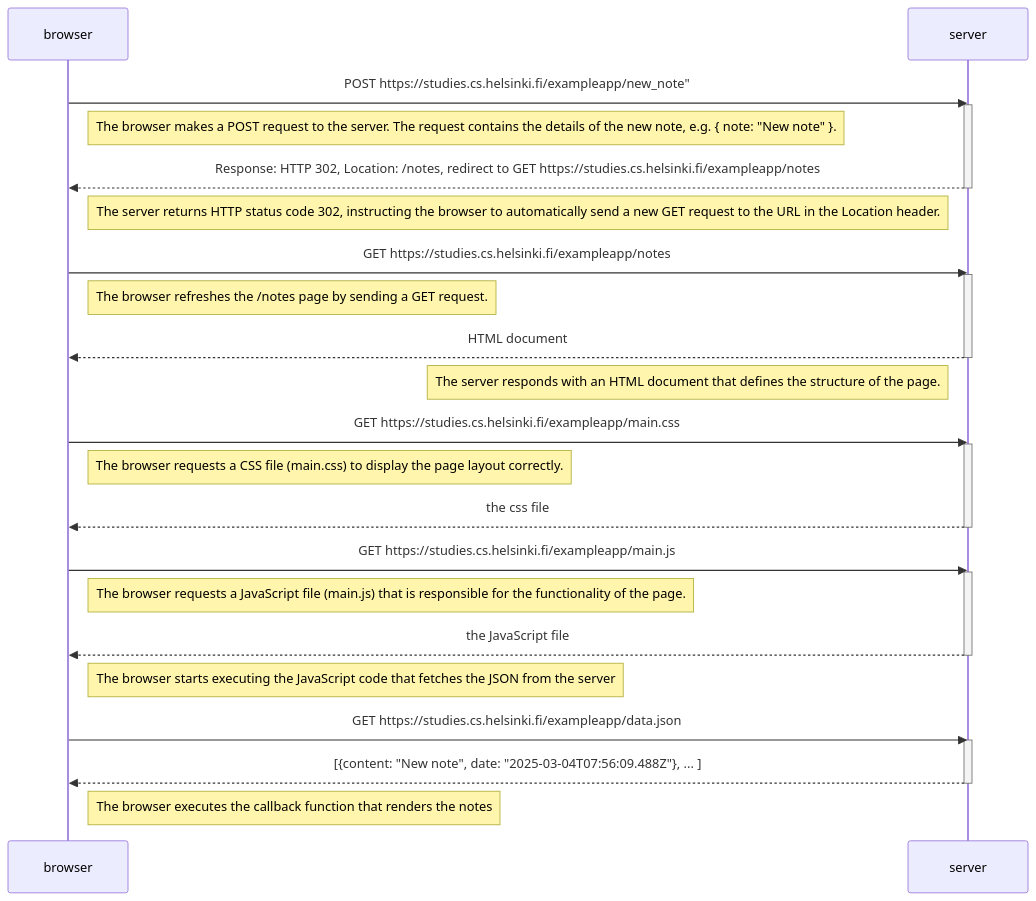
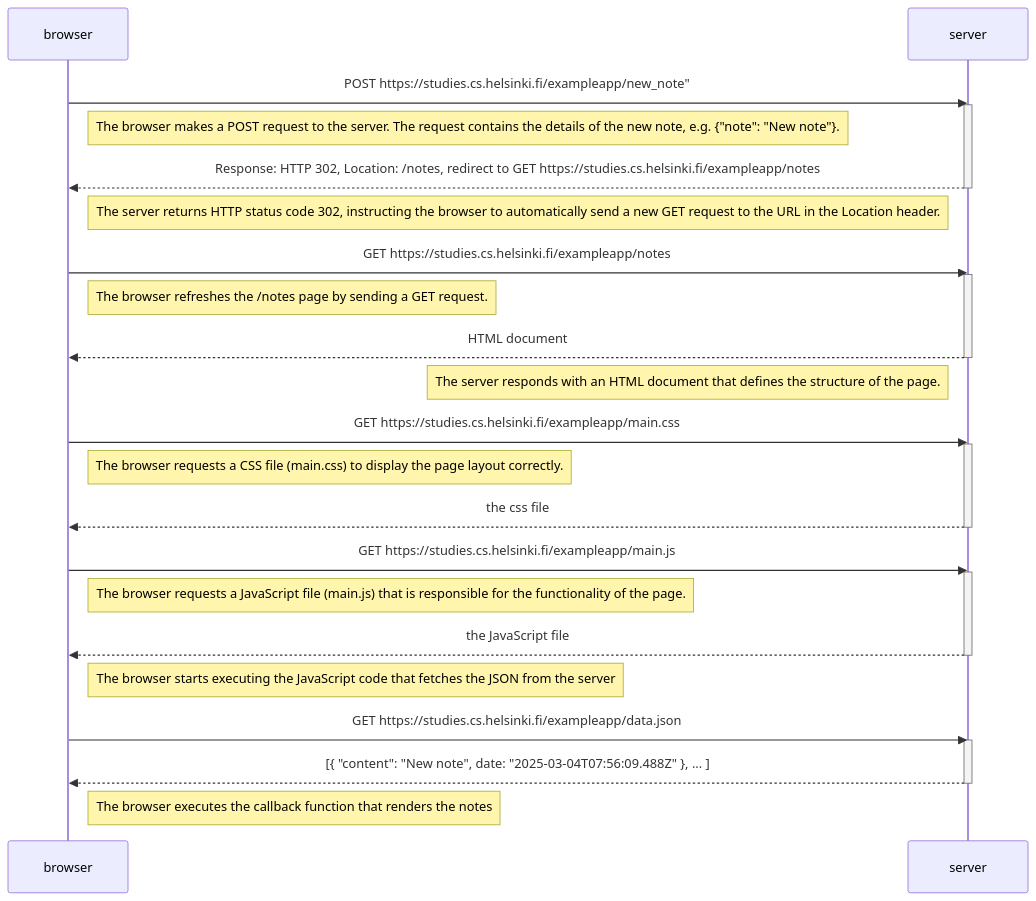
Before and after one commit to Maahantuoja/mooc_fullstackopen_palautusrepositorio: the first of 3 diagrams in osa0/README.md, drawn with Mermaid. The commit also changed other lines of this file, not shown here.

````diff
--- a/osa0/README.md
+++ b/osa0/README.md
@@ -5,50 +5,50 @@
 ```mermaid
 sequenceDiagram
     participant browser
     participant server
     
     browser->>server: POST https://studies.cs.helsinki.fi/exampleapp/new_note"
     activate server
 
-    Note right of browser: The browser makes a POST request to the server. The request contains the details of the new note, e.g. { note: "New note" }.
+    Note right of browser: The browser makes a POST request to the server. The request contains the details of the new note, e.g. {"note": "New note"}.
 
     server-->>browser: Response: HTTP 302, Location: /notes, redirect to GET https://studies.cs.helsinki.fi/exampleapp/notes
     deactivate server
 
     Note left of server: The server returns HTTP status code 302, instructing the browser to automatically send a new GET request to the URL in the Location header.
 
     browser->>server: GET https://studies.cs.helsinki.fi/exampleapp/notes
     activate server
 
     Note right of browser: The browser refreshes the /notes page by sending a GET request.
 
     server-->>browser: HTML document
     deactivate server
 
     Note left of server: The server responds with an HTML document that defines the structure of the page.
 
     browser->>server: GET https://studies.cs.helsinki.fi/exampleapp/main.css
     activate server
 
     Note right of browser: The browser requests a CSS file (main.css) to display the page layout correctly.
 
     server-->>browser: the css file
     deactivate server
     
     browser->>server: GET https://studies.cs.helsinki.fi/exampleapp/main.js
     activate server
 
     Note right of browser: The browser requests a JavaScript file (main.js) that is responsible for the functionality of the page.
 
     server-->>browser: the JavaScript file
     deactivate server
     
     Note right of browser: The browser starts executing the JavaScript code that fetches the JSON from the server
     
     browser->>server: GET https://studies.cs.helsinki.fi/exampleapp/data.json
     activate server
-    server-->>browser: [{content: "New note", date: "2025-03-04T07:56:09.488Z"}, ... ]
+    server-->>browser: [{ "content": "New note", date: "2025-03-04T07:56:09.488Z" }, ... ]
     deactivate server    
 
     Note right of browser: The browser executes the callback function that renders the notes 
 ```
````
